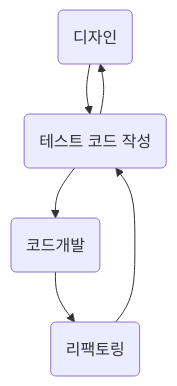
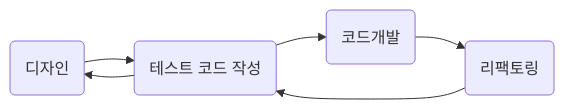
The diagram in _posts/_CS_And_IT/IT_TDD.md (barryclark/jekyll-now), drawn with Mermaid before and after one commit. The commit also changed other lines of this file and 1 other file, not shown here.

```diff
--- a/_posts/_CS_And_IT/IT_TDD.md
+++ b/_posts/_CS_And_IT/IT_TDD.md
@@ -45,7 +53,7 @@
 <div class="mermaid"> 
-graph TD;
+graph LR;
 A(디자인)-->B; 
 B(테스트 코드 작성)-->C; B-->A;
 C(코드개발)-->D; 
 D(리팩토링)-->B; 
 </div>
```
